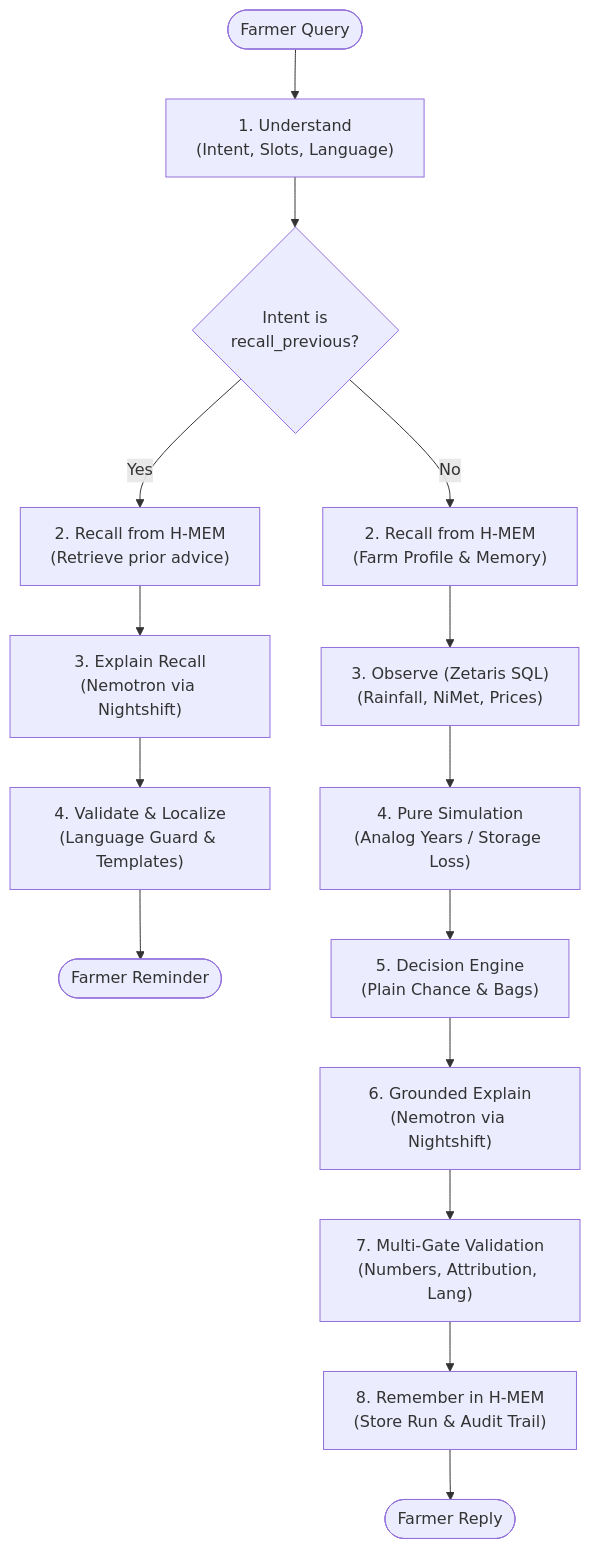
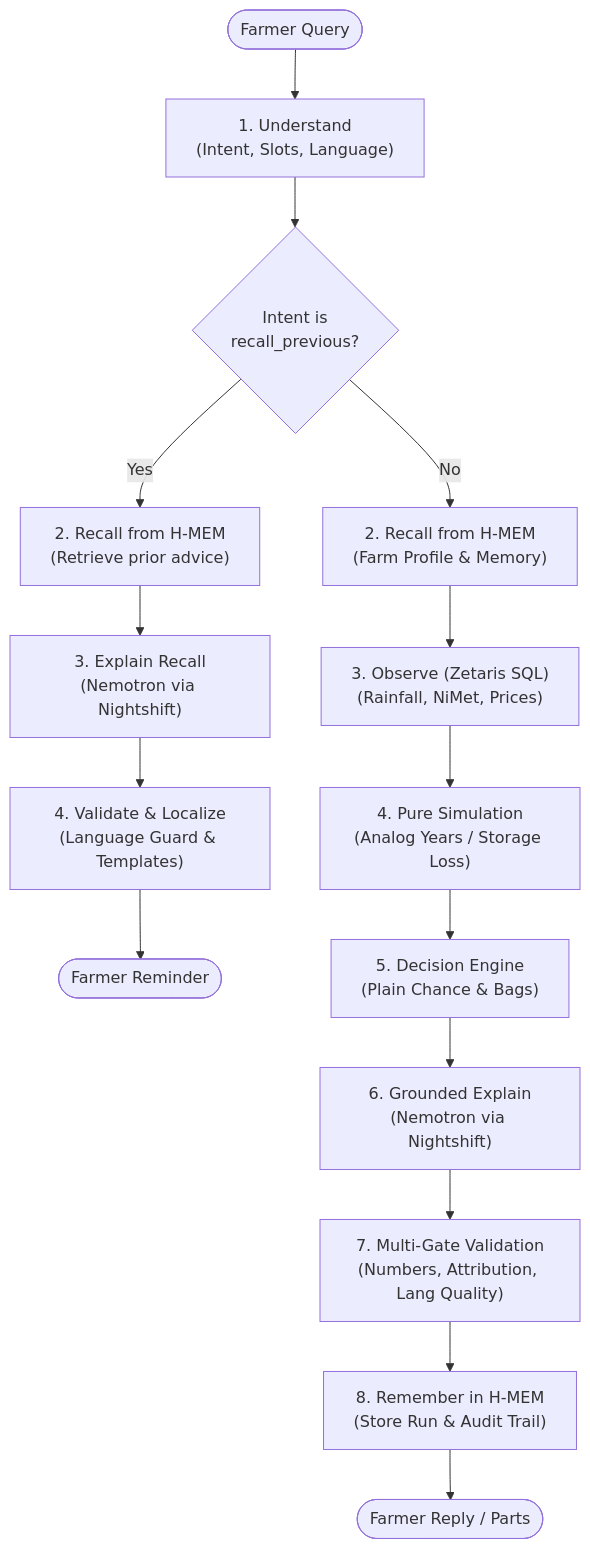
One commit to olaxbonnke/ikore-ai changed the diagram in README.md. Above: the diagram before and after it, drawn with Mermaid. The commit also changed other lines of this file, not shown here.

Commit message:
docs: refresh README for current intents, parts and fallbacks

````diff
--- a/README.md
+++ b/README.md
@@ -49,21 +65,21 @@
 ```mermaid
 flowchart TD
     Farmer([Farmer Query]) --> Understand["1. Understand<br/>(Intent, Slots, Language)"]
     Understand --> IsRecall{Intent is<br/>recall_previous?}
     
     %% Recall Shortcut
     IsRecall -- Yes --> HMemRecallShort["2. Recall from H-MEM<br/>(Retrieve prior advice)"]
     HMemRecallShort --> ExplainRecall["3. Explain Recall<br/>(Nemotron via Nightshift)"]
     ExplainRecall --> ValidateShort["4. Validate & Localize<br/>(Language Guard & Templates)"]
     ValidateShort --> ReplyShort([Farmer Reminder])
 
-    %% Full Decision Pipeline
+    %% Full Pipeline
     IsRecall -- No --> HMemRecall["2. Recall from H-MEM<br/>(Farm Profile & Memory)"]
     HMemRecall --> Observe["3. Observe (Zetaris SQL)<br/>(Rainfall, NiMet, Prices)"]
     Observe --> Simulate["4. Pure Simulation<br/>(Analog Years / Storage Loss)"]
     Simulate --> Decide["5. Decision Engine<br/>(Plain Chance & Bags)"]
     Decide --> Explain["6. Grounded Explain<br/>(Nemotron via Nightshift)"]
-    Explain --> Validate["7. Multi-Gate Validation<br/>(Numbers, Attribution, Lang)"]
+    Explain --> Validate["7. Multi-Gate Validation<br/>(Numbers, Attribution, Lang Quality)"]
     Validate --> Remember["8. Remember in H-MEM<br/>(Store Run & Audit Trail)"]
-    Remember --> Reply([Farmer Reply])
+    Remember --> Reply([Farmer Reply / Parts])
 ```
````
